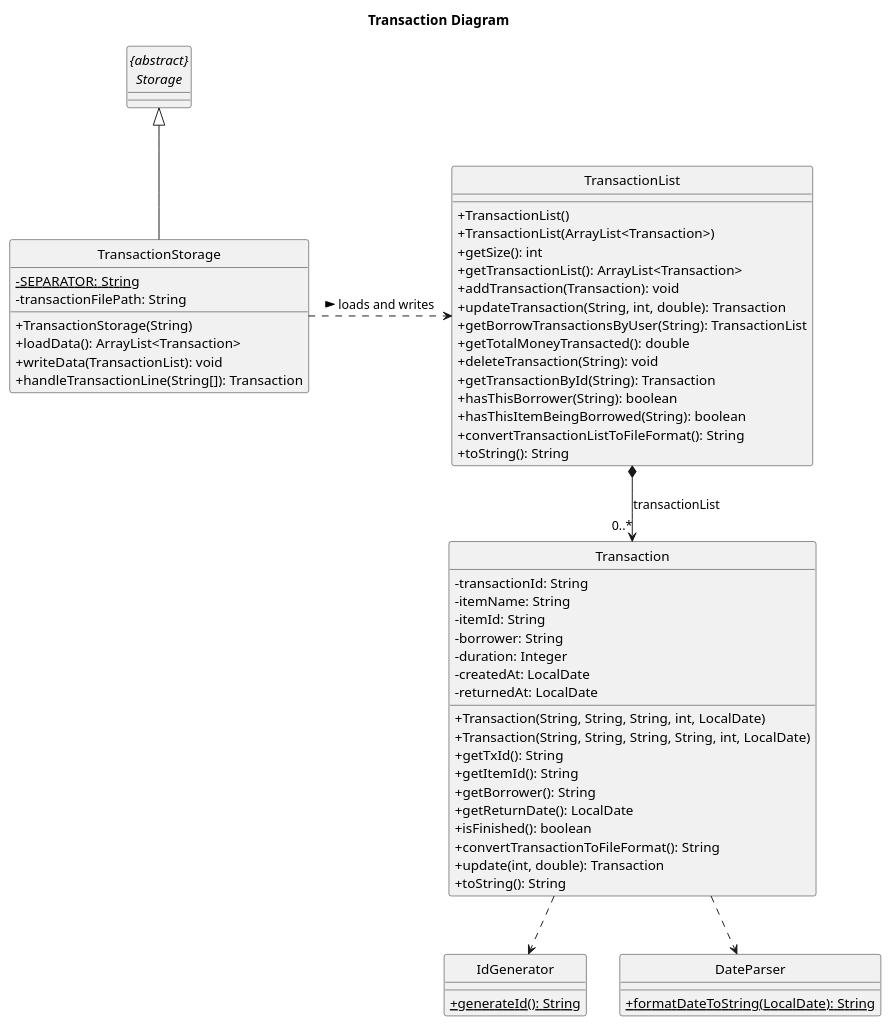
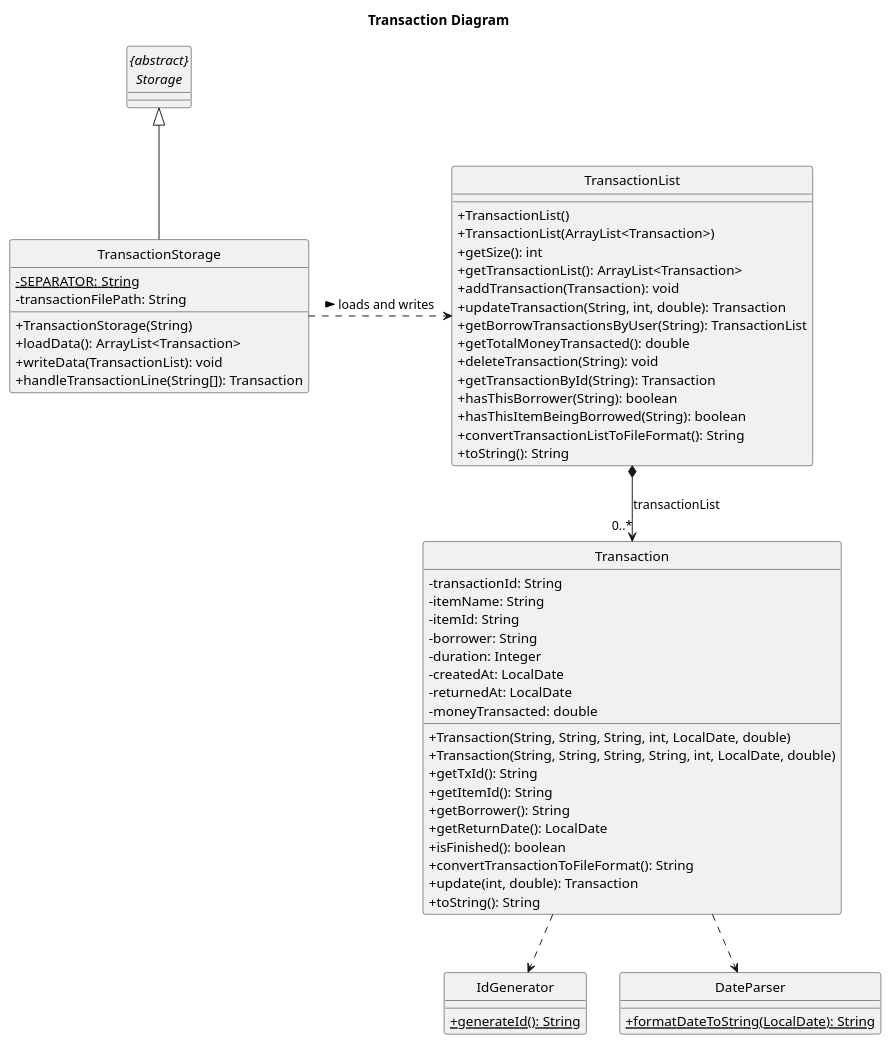
The diagram in docs/diagrams/transaction/TransactionClass.puml (nus-cs2113-AY2223S1/tp), drawn with PlantUML before and after one commit. The commit also changed 1 other file, not shown here.

Commit message:
Update TransactionClassDiagram

```diff
--- a/docs/diagrams/transaction/TransactionClass.puml
+++ b/docs/diagrams/transaction/TransactionClass.puml
@@ -1,72 +1,73 @@
 @startuml
 title Transaction Diagram
 
 skinparam classAttributeIconSize 0
 hide footbox
 hide circle
 
 class Transaction {
     - transactionId: String
     - itemName: String
     - itemId: String
     - borrower: String
     - duration: Integer
     - createdAt: LocalDate
     - returnedAt: LocalDate
+    - moneyTransacted: double
 
-    + Transaction(String, String, String, int, LocalDate)
-    + Transaction(String, String, String, String, int, LocalDate)
+    + Transaction(String, String, String, int, LocalDate, double)
+    + Transaction(String, String, String, String, int, LocalDate, double)
     + getTxId(): String
     + getItemId(): String
     + getBorrower(): String
     + getReturnDate(): LocalDate
     + isFinished(): boolean
     + convertTransactionToFileFormat(): String
     + update(int, double): Transaction
     + toString(): String
 }
 
 class TransactionList {
     + TransactionList()
     + TransactionList(ArrayList<Transaction>)
     + getSize(): int
     + getTransactionList(): ArrayList<Transaction>
     + addTransaction(Transaction): void
     + updateTransaction(String, int, double): Transaction
     + getBorrowTransactionsByUser(String): TransactionList
     + getTotalMoneyTransacted(): double
     + deleteTransaction(String): void
     + getTransactionById(String): Transaction
     + hasThisBorrower(String): boolean
     + hasThisItemBeingBorrowed(String): boolean
     + convertTransactionListToFileFormat(): String
     + toString(): String
 }
 
 class TransactionStorage {
     {static} - SEPARATOR: String
     - transactionFilePath: String
     + TransactionStorage(String)
     + loadData(): ArrayList<Transaction>
     + writeData(TransactionList): void
     + handleTransactionLine(String[]): Transaction
 }
 
 class IdGenerator {
     {static} + generateId(): String
 }
 
 abstract class "{abstract}\nStorage" {
 }
 
 class DateParser {
     {static} + formatDateToString(LocalDate): String
 }
 
 TransactionStorage .> TransactionList : > loads and writes
 TransactionList *--> "0..*" Transaction: transactionList
 Transaction ..> IdGenerator
 Transaction ..> DateParser
 "{abstract}\nStorage" <|-- TransactionStorage
 
 @enduml
```
